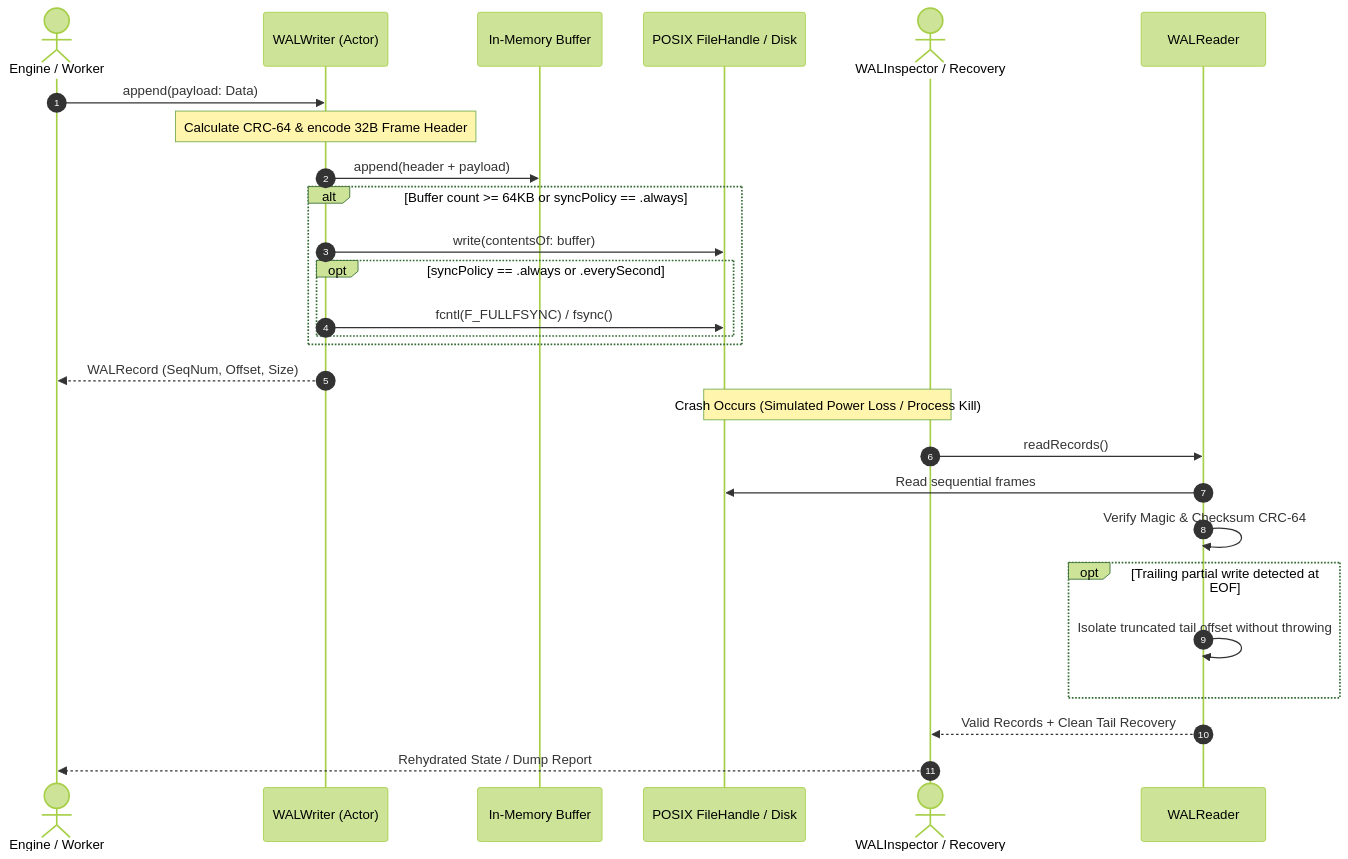
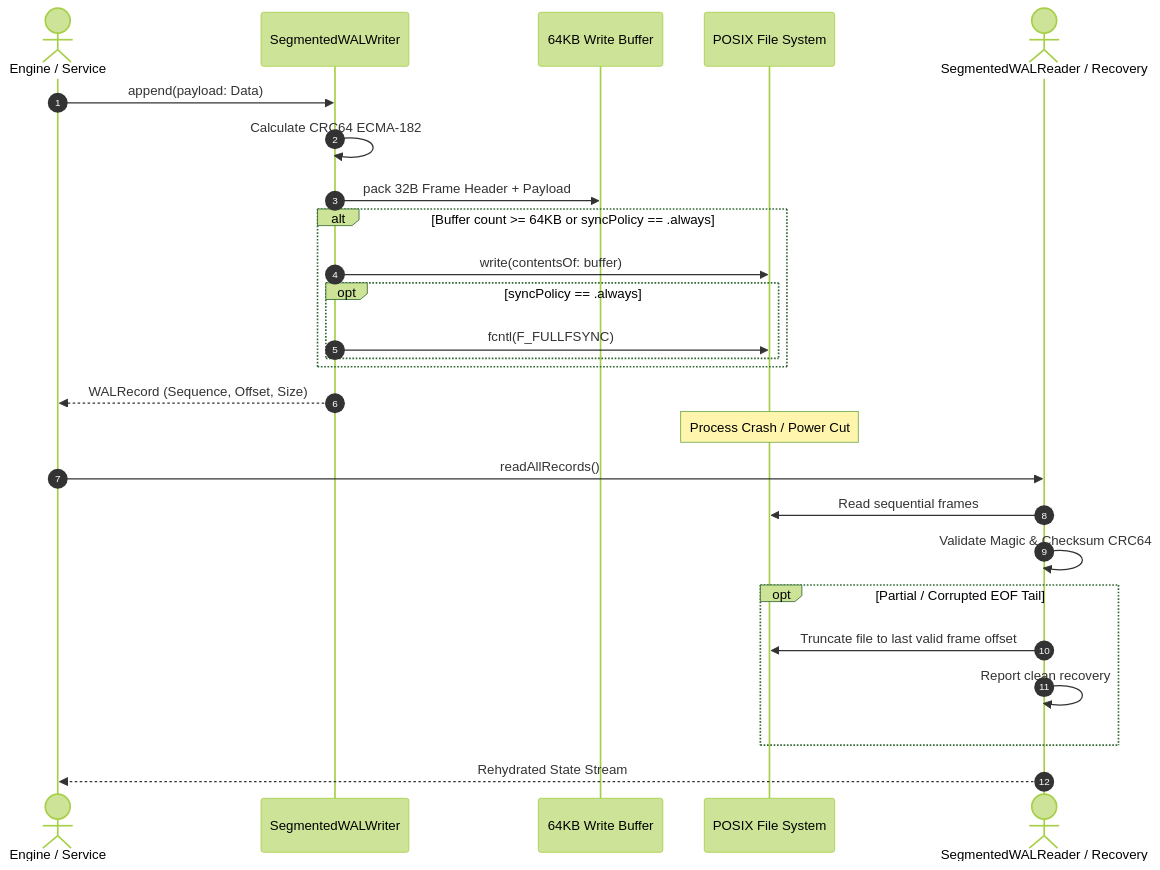
The third of 4 diagrams in Docs/Design/01_DATA_STRUCTURES_AND_RESILIENCE_SPECIFICATION.md (globalflea/DataStructuresSwift), drawn with Mermaid (forest theme) before and after one commit. The commit also changed other lines of this file and 14 other files, not shown here.

````diff
--- a/Docs/Design/01_DATA_STRUCTURES_AND_RESILIENCE_SPECIFICATION.md
+++ b/Docs/Design/01_DATA_STRUCTURES_AND_RESILIENCE_SPECIFICATION.md
@@ -147,31 +188,30 @@
 ```mermaid
 sequenceDiagram
     autonumber
-    actor Caller as Engine / Worker
-    participant Writer as WALWriter (Actor)
-    participant Buffer as In-Memory Buffer
-    participant Disk as POSIX FileHandle / Disk
-    actor Inspector as WALInspector / Recovery
-    participant Reader as WALReader
+    actor Engine as Engine / Service
+    participant Writer as SegmentedWALWriter
+    participant Buffer as 64KB Write Buffer
+    participant Disk as POSIX File System
+    actor Reader as SegmentedWALReader / Recovery
 
-    Caller->>Writer: append(payload: Data)
-    Note over Writer: Calculate CRC-64 & encode 32B Frame Header
-    Writer->>Buffer: append(header + payload)
+    Engine->>Writer: append(payload: Data)
+    Writer->>Writer: Calculate CRC64 ECMA-182
+    Writer->>Buffer: pack 32B Frame Header + Payload
     alt Buffer count >= 64KB or syncPolicy == .always
         Writer->>Disk: write(contentsOf: buffer)
-        opt syncPolicy == .always or .everySecond
-            Writer->>Disk: fcntl(F_FULLFSYNC) / fsync()
+        opt syncPolicy == .always
+            Writer->>Disk: fcntl(F_FULLFSYNC)
         end
     end
-    Writer-->>Caller: WALRecord (SeqNum, Offset, Size)
+    Writer-->>Engine: WALRecord (Sequence, Offset, Size)
 
-    Note over Disk,Inspector: Crash Occurs (Simulated Power Loss / Process Kill)
-    Inspector->>Reader: readRecords()
+    Note over Disk: Process Crash / Power Cut
+    Engine->>Reader: readAllRecords()
     Reader->>Disk: Read sequential frames
-    Reader->>Reader: Verify Magic & Checksum CRC-64
-    opt Trailing partial write detected at EOF
-        Reader->>Reader: Isolate truncated tail offset without throwing
+    Reader->>Reader: Validate Magic & Checksum CRC64
+    opt Partial / Corrupted EOF Tail
+        Reader->>Disk: Truncate file to last valid frame offset
+        Reader->>Reader: Report clean recovery
     end
-    Reader-->>Inspector: Valid Records + Clean Tail Recovery
-    Inspector-->>Caller: Rehydrated State / Dump Report
+    Reader-->>Engine: Rehydrated State Stream
 ```
````
